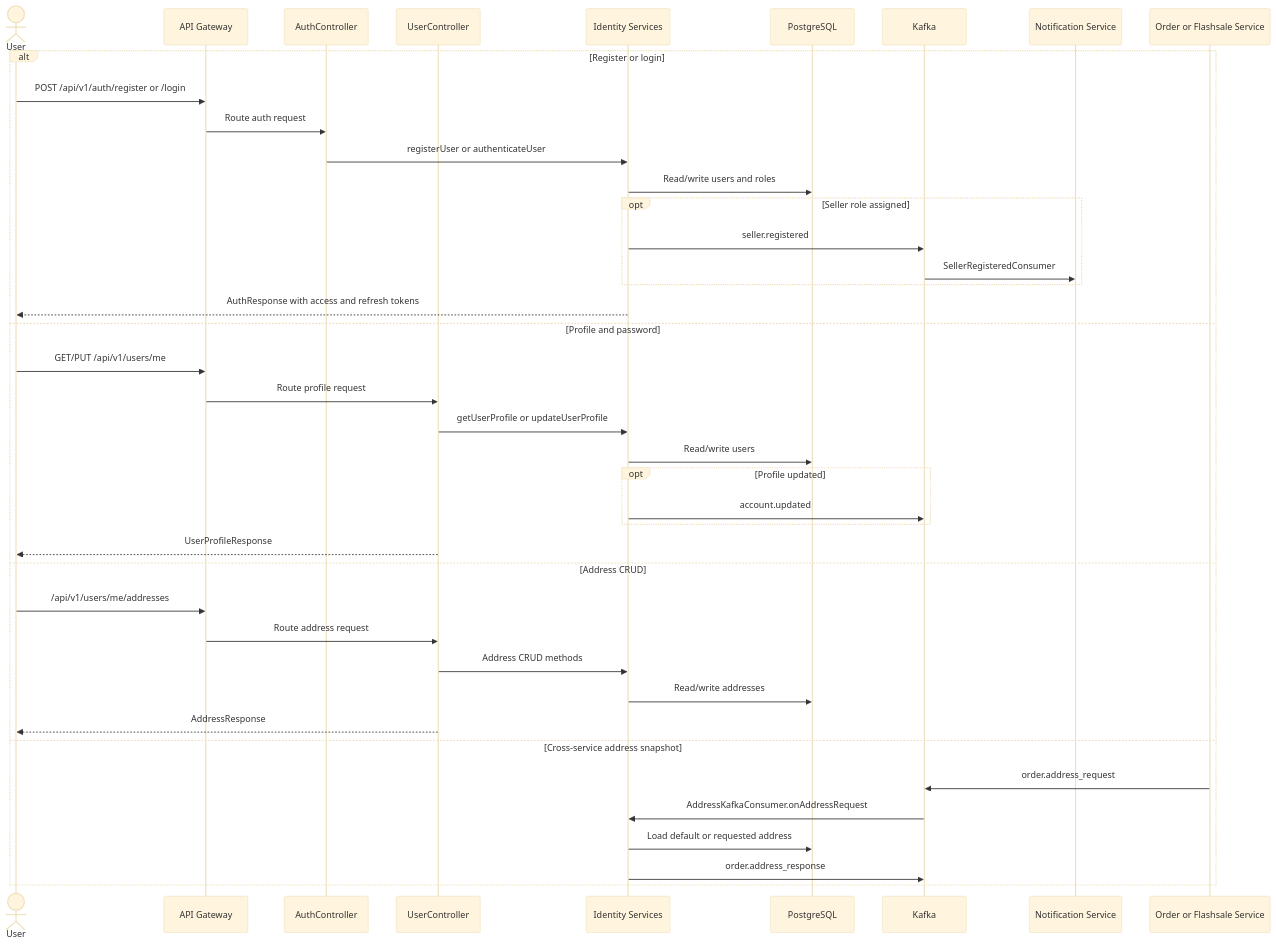
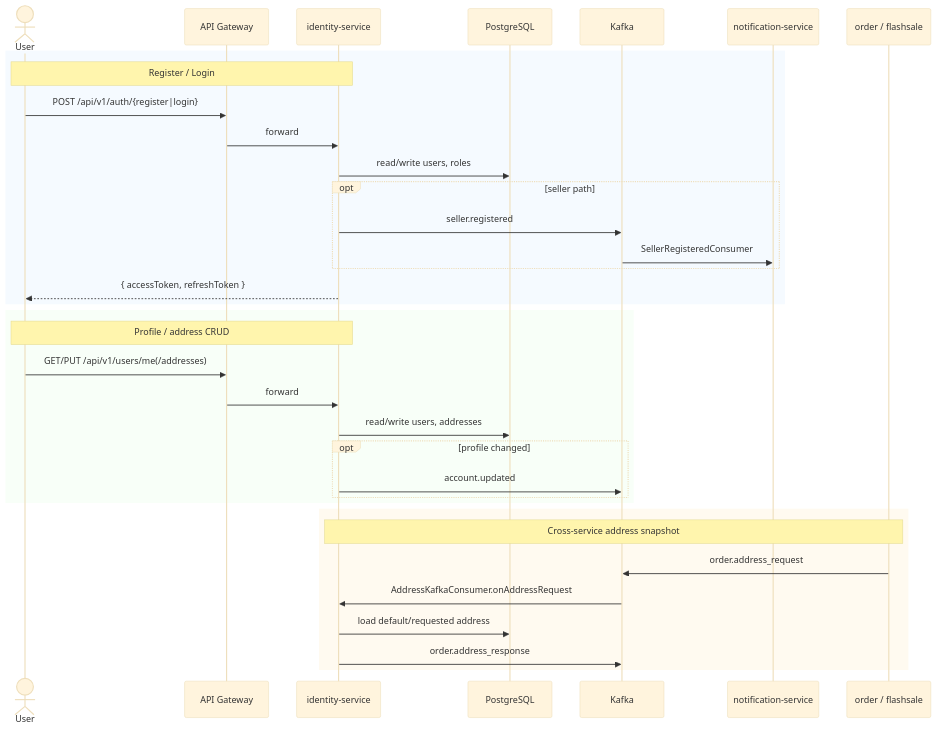
Before and after one commit to ldqanh1408/stealing-from-paradise: the diagram in documents/flows/identity-service/flow-identity-access-profile.md, drawn with Mermaid (base theme). The commit also changed other lines of this file and 48 other files, not shown here.

````diff
--- a/documents/flows/identity-service/flow-identity-access-profile.md
+++ b/documents/flows/identity-service/flow-identity-access-profile.md
@@ -16,44 +38,40 @@
 ```mermaid
 sequenceDiagram
     actor User
     participant GW as API Gateway
-    participant Auth as AuthController
-    participant Users as UserController
-    participant Svc as Identity Services
+    participant ID as identity-service
     participant DB as PostgreSQL
-    participant Kafka as Kafka
-    participant Notif as Notification Service
-    participant Order as Order or Flashsale Service
+    participant K as Kafka
+    participant NT as notification-service
+    participant OS as order / flashsale
 
-    alt Register or login
-        User->>GW: POST /api/v1/auth/register or /login
-        GW->>Auth: Route auth request
-        Auth->>Svc: registerUser or authenticateUser
-        Svc->>DB: Read/write users and roles
-        opt Seller role assigned
-            Svc->>Kafka: seller.registered
-            Kafka->>Notif: SellerRegisteredConsumer
-        end
-        Svc-->>User: AuthResponse with access and refresh tokens
-    else Profile and password
-        User->>GW: GET/PUT /api/v1/users/me
-        GW->>Users: Route profile request
-        Users->>Svc: getUserProfile or updateUserProfile
-        Svc->>DB: Read/write users
-        opt Profile updated
-            Svc->>Kafka: account.updated
-        end
-        Users-->>User: UserProfileResponse
-    else Address CRUD
-        User->>GW: /api/v1/users/me/addresses
-        GW->>Users: Route address request
-        Users->>Svc: Address CRUD methods
-        Svc->>DB: Read/write addresses
-        Users-->>User: AddressResponse
-    else Cross-service address snapshot
-        Order->>Kafka: order.address_request
-        Kafka->>Svc: AddressKafkaConsumer.onAddressRequest
-        Svc->>DB: Load default or requested address
-        Svc->>Kafka: order.address_response
+    rect rgb(245,250,255)
+    Note over User,ID: Register / Login
+    User->>GW: POST /api/v1/auth/{register|login}
+    GW->>ID: forward
+    ID->>DB: read/write users, roles
+    opt seller path
+        ID->>K: seller.registered
+        K->>NT: SellerRegisteredConsumer
+    end
+    ID-->>User: { accessToken, refreshToken }
+    end
+
+    rect rgb(248,255,248)
+    Note over User,ID: Profile / address CRUD
+    User->>GW: GET/PUT /api/v1/users/me(/addresses)
+    GW->>ID: forward
+    ID->>DB: read/write users, addresses
+    opt profile changed
+        ID->>K: account.updated
+    end
+    end
+
+    rect rgb(255,250,240)
+    Note over OS,ID: Cross-service address snapshot
+    OS->>K: order.address_request
+    K->>ID: AddressKafkaConsumer.onAddressRequest
+    ID->>DB: load default/requested address
+    ID->>K: order.address_response
     end
 ```
````
